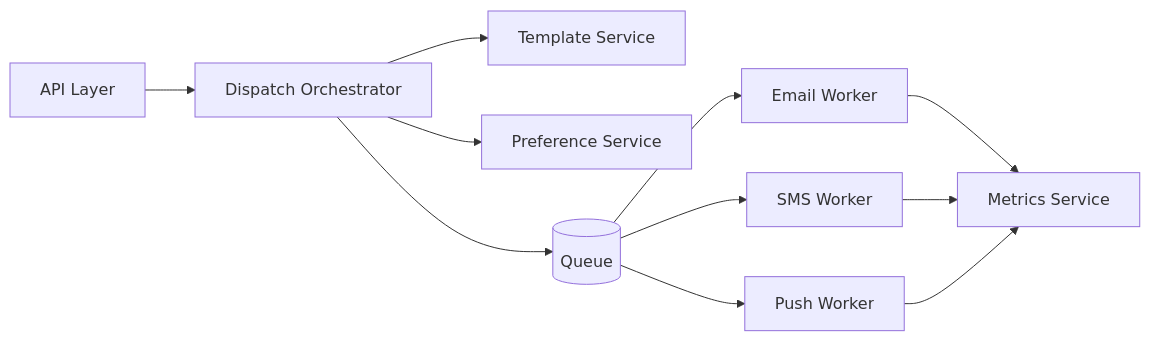
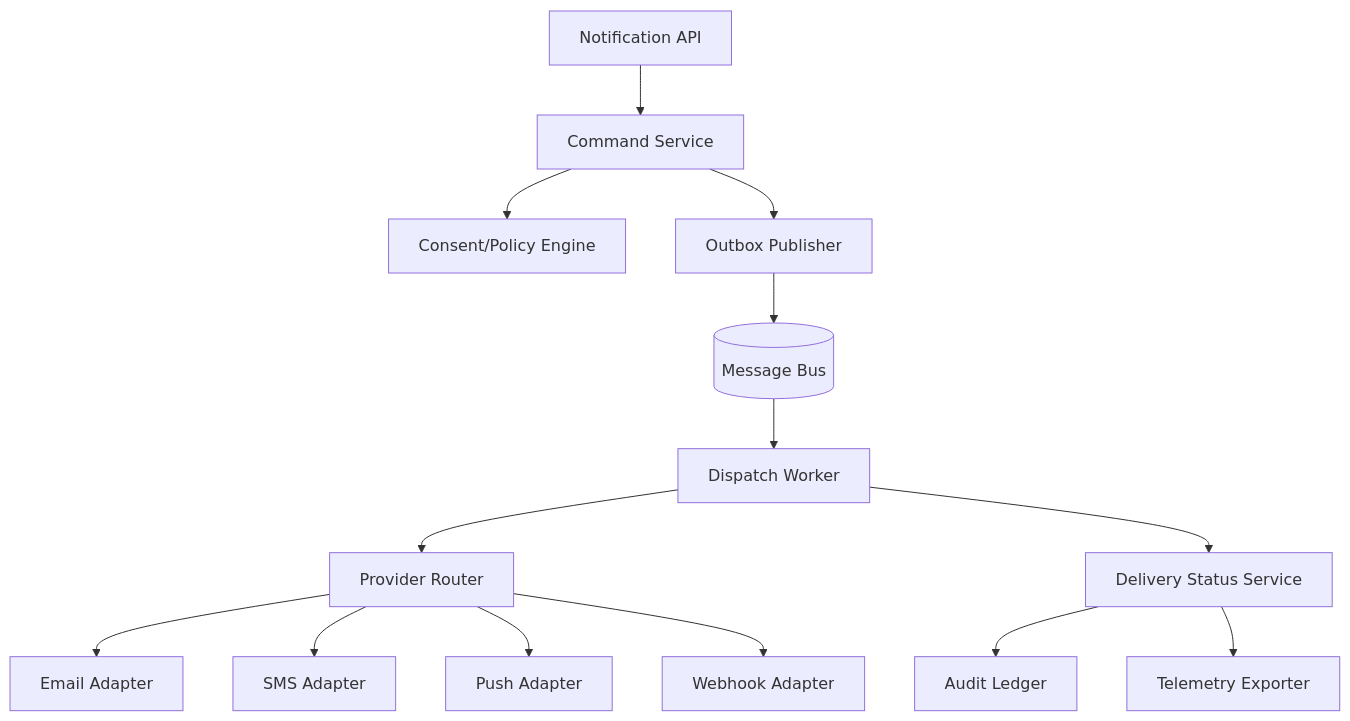
The diagram in Messaging and Notification Platform/detailed-design/component-diagrams.md (0Ankit0/Project-Ideas), drawn with Mermaid before and after one commit. The commit also changed other lines of this file and 37 other files, not shown here.

Commit message:
Make messaging docs implementation-ready with detailed diagrams and runbooks

````diff
--- a/Messaging and Notification Platform/detailed-design/component-diagrams.md
+++ b/Messaging and Notification Platform/detailed-design/component-diagrams.md
@@ -3,13 +10,16 @@
 ```mermaid
-flowchart LR
-  API[API Layer] --> Orchestrator[Dispatch Orchestrator]
-  Orchestrator --> Tmpl[Template Service]
-  Orchestrator --> Pref[Preference Service]
-  Orchestrator --> Queue[(Queue)]
-  Queue --> Email[Email Worker]
-  Queue --> SMS[SMS Worker]
-  Queue --> Push[Push Worker]
-  Email --> Metrics[Metrics Service]
-  SMS --> Metrics
-  Push --> Metrics
+flowchart TB
+  API[Notification API] --> Cmd[Command Service]
+  Cmd --> Policy[Consent/Policy Engine]
+  Cmd --> Outbox[Outbox Publisher]
+  Outbox --> Bus[(Message Bus)]
+  Bus --> Dispatcher[Dispatch Worker]
+  Dispatcher --> Router[Provider Router]
+  Router --> Email[Email Adapter]
+  Router --> SMS[SMS Adapter]
+  Router --> Push[Push Adapter]
+  Router --> Webhook[Webhook Adapter]
+  Dispatcher --> Status[Delivery Status Service]
+  Status --> Audit[Audit Ledger]
+  Status --> Metrics[Telemetry Exporter]
 ```
````
